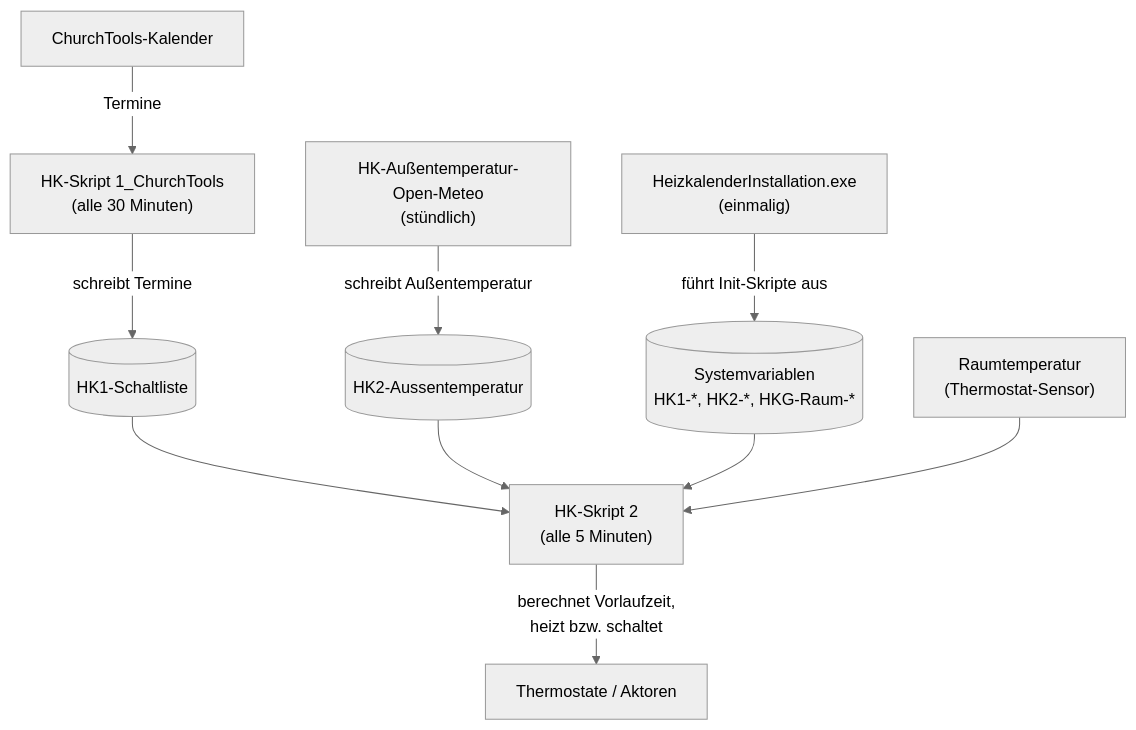
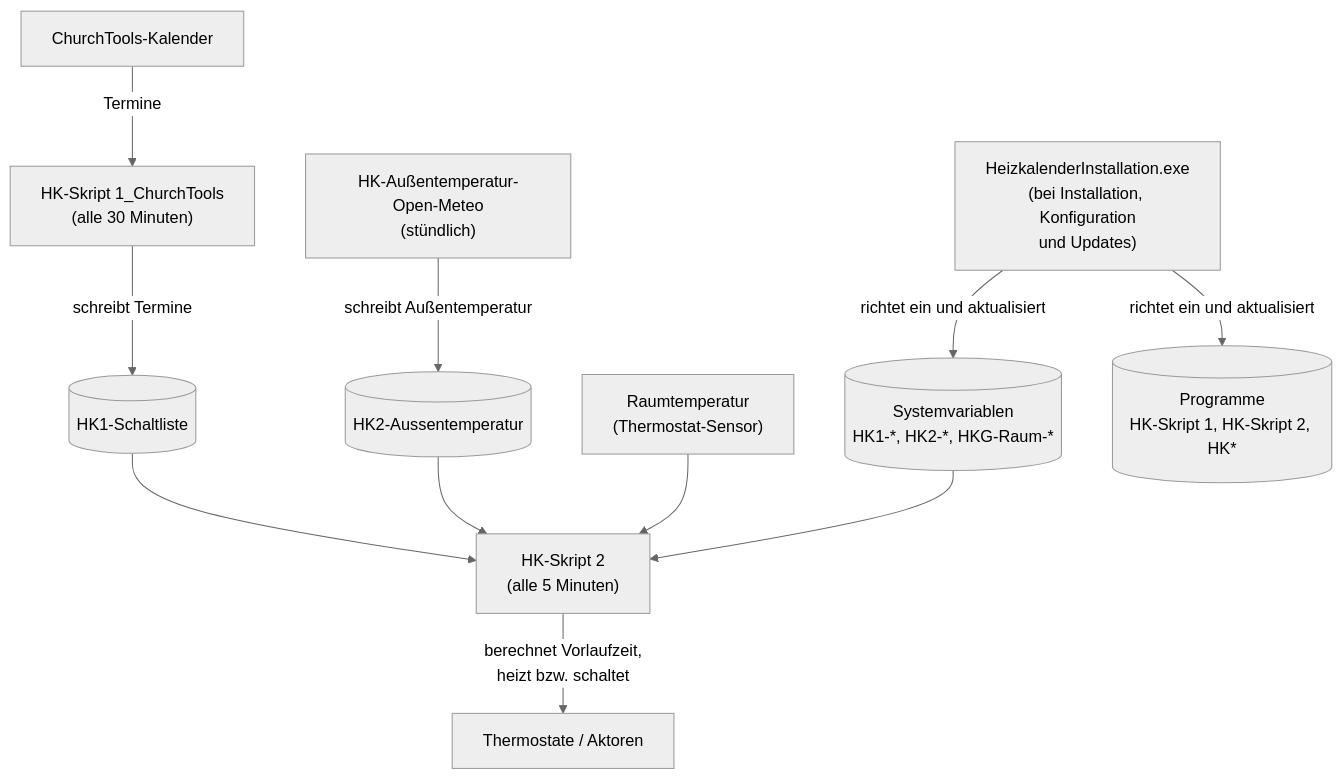
Before and after one commit to tatzel/Homematic-Heizungskalender: the diagram in docs/index.md, drawn with Mermaid (neutral theme). The commit also changed other lines of this file and 4 other files, not shown here.

First line of the commit message:
docs: Installer-Beschreibung und Diagramme aktualisieren

````diff
--- a/docs/index.md
+++ b/docs/index.md
@@ -35,15 +35,17 @@
 ```mermaid
 flowchart TD
-    Installationsprogramm["HeizkalenderInstallation.exe<br/>(einmalig)"] -->|"führt Init-Skripte aus"| SysVar[("Systemvariablen<br/>HK1-*, HK2-*, HKG-Raum-*")]
-
     OpenMeteo["HK-Außentemperatur-Open-Meteo<br/>(stündlich)"] -->|"schreibt Außentemperatur"| ATVar[("HK2-Aussentemperatur")]
 
     CT["ChurchTools-Kalender"] -->|"Termine"| Skript1["HK-Skript 1_ChurchTools<br/>(alle 30 Minuten)"]
     Skript1 -->|"schreibt Termine"| Schaltliste[("HK1-Schaltliste")]
 
     Schaltliste --> Skript2["HK-Skript 2<br/>(alle 5 Minuten)"]
     ATVar --> Skript2
+    Raumtemp["Raumtemperatur<br/>(Thermostat-Sensor)"] --> Skript2
     SysVar --> Skript2
-    Raumtemp["Raumtemperatur<br/>(Thermostat-Sensor)"] --> Skript2
     Skript2 -->|"berechnet Vorlaufzeit,<br/>heizt bzw. schaltet"| Thermostate["Thermostate / Aktoren"]
+
+    Installationsprogramm["HeizkalenderInstallation.exe<br/>(bei Installation, Konfiguration<br/>und Updates)"]
+    Installationsprogramm -->|"richtet ein und aktualisiert"| Programme[("Programme<br/>HK-Skript 1, HK-Skript 2, HK*")]
+    Installationsprogramm -->|"richtet ein und aktualisiert"| SysVar[("Systemvariablen<br/>HK1-*, HK2-*, HKG-Raum-*")]
 ```
````
